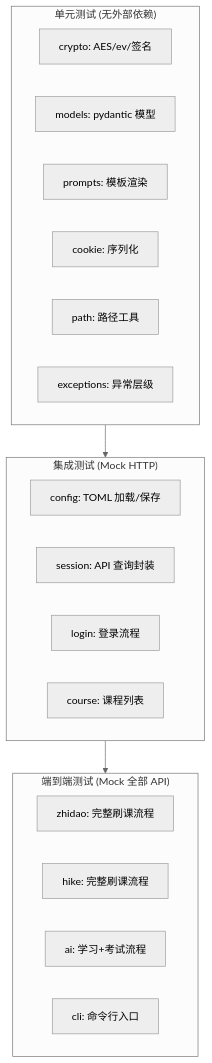
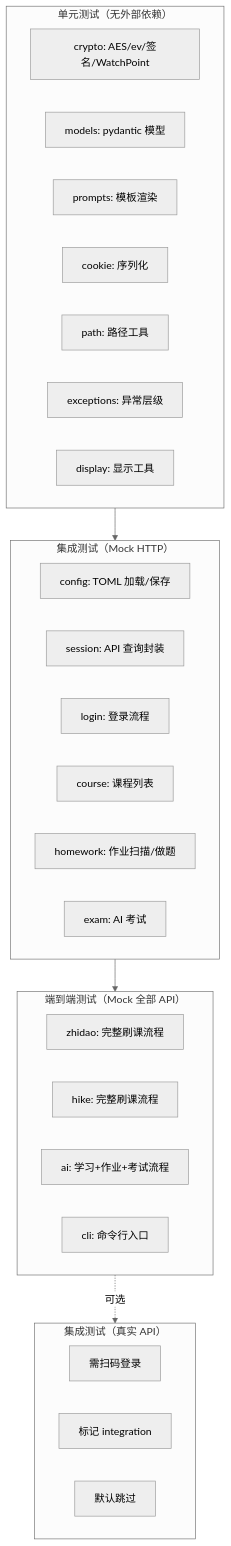
One commit to pjm314159/zhs changed the diagram in docs/test.md. Above: the diagram before and after it, drawn with Mermaid (neutral theme). The commit also changed other lines of this file and 29 other files, not shown here.

````diff
--- a/docs/test.md
+++ b/docs/test.md
@@ -68,27 +80,37 @@
 ```mermaid
 flowchart TD
-    subgraph Unit["单元测试 (无外部依赖)"]
-        U1[crypto: AES/ev/签名]
+    subgraph Unit["单元测试（无外部依赖）"]
+        U1[crypto: AES/ev/签名/WatchPoint]
         U2[models: pydantic 模型]
         U3[prompts: 模板渲染]
         U4[cookie: 序列化]
         U5[path: 路径工具]
         U6[exceptions: 异常层级]
+        U7[display: 显示工具]
     end
 
-    subgraph Integration["集成测试 (Mock HTTP)"]
+    subgraph Integration["集成测试（Mock HTTP）"]
         I1[config: TOML 加载/保存]
         I2[session: API 查询封装]
         I3[login: 登录流程]
         I4[course: 课程列表]
+        I5[homework: 作业扫描/做题]
+        I6[exam: AI 考试]
     end
 
-    subgraph E2E["端到端测试 (Mock 全部 API)"]
+    subgraph E2E["端到端测试（Mock 全部 API）"]
         E1[zhidao: 完整刷课流程]
         E2[hike: 完整刷课流程]
-        E3[ai: 学习+考试流程]
+        E3[ai: 学习+作业+考试流程]
         E4[cli: 命令行入口]
     end
 
+    subgraph Real["集成测试（真实 API）"]
+        R1[需扫码登录]
+        R2[标记 integration]
+        R3[默认跳过]
+    end
+
     Unit --> Integration --> E2E
+    E2E -.可选.-> Real
 ```
````
